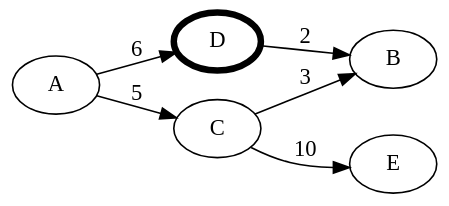
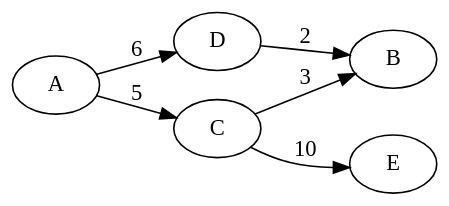
The diagram in presentations/AtheCrypt10-1-2017/figures/beforeTurn.dot (decrypto-org/TrustIsRisk), drawn with Graphviz before and after one commit. The commit also changed 4 other files, not shown here.

```diff
--- a/presentations/AtheCrypt10-1-2017/figures/beforeTurn.dot
+++ b/presentations/AtheCrypt10-1-2017/figures/beforeTurn.dot
@@ -1,10 +1,9 @@
 digraph G  {
   graph [bgcolor=transparent]
   rankdir=LR;
   A -> D [label="6"];
-  D [penwidth="4"];
   A -> C [label="5"];
   C -> B [label="3"];
   C -> E [label="10"];
   D -> B [label="2"];
 }
```
